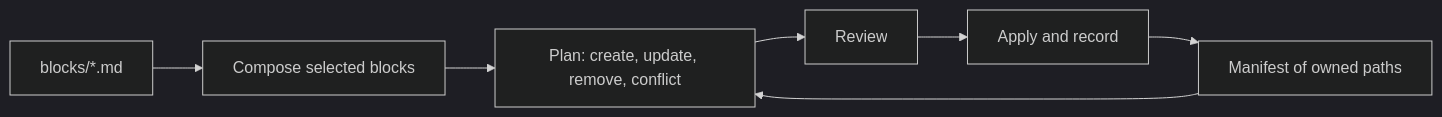
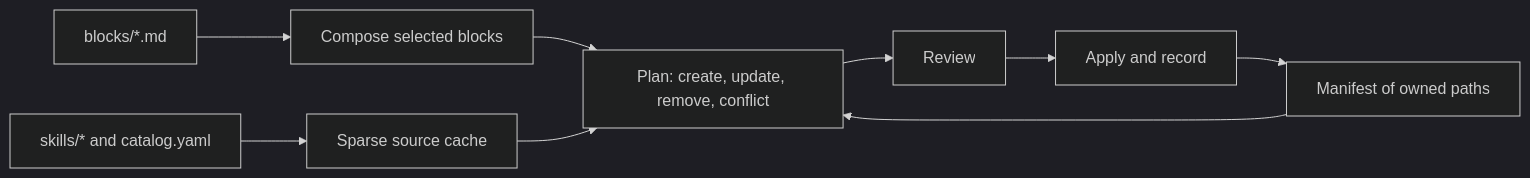
One commit to feRpicoral/skills-wizard changed the diagram in README.md. Above: the diagram before and after it, drawn with Mermaid (dark theme). The commit also changed other lines of this file and 3 other files, not shown here.

Commit message:
docs(skills): document skill installs, updates and catalog

````diff
--- a/README.md
+++ b/README.md
@@ -33,9 +36,11 @@
 ```mermaid
 flowchart LR
     blocks["blocks/*.md"] --> compose["Compose selected blocks"]
+    skills["skills/* and catalog.yaml"] --> cache["Sparse source cache"]
     compose --> plan["Plan: create, update, remove, conflict"]
+    cache --> plan
     manifest["Manifest of owned paths"] --> plan
     plan --> review["Review"]
     review --> apply["Apply and record"]
     apply --> manifest
 ```
````
